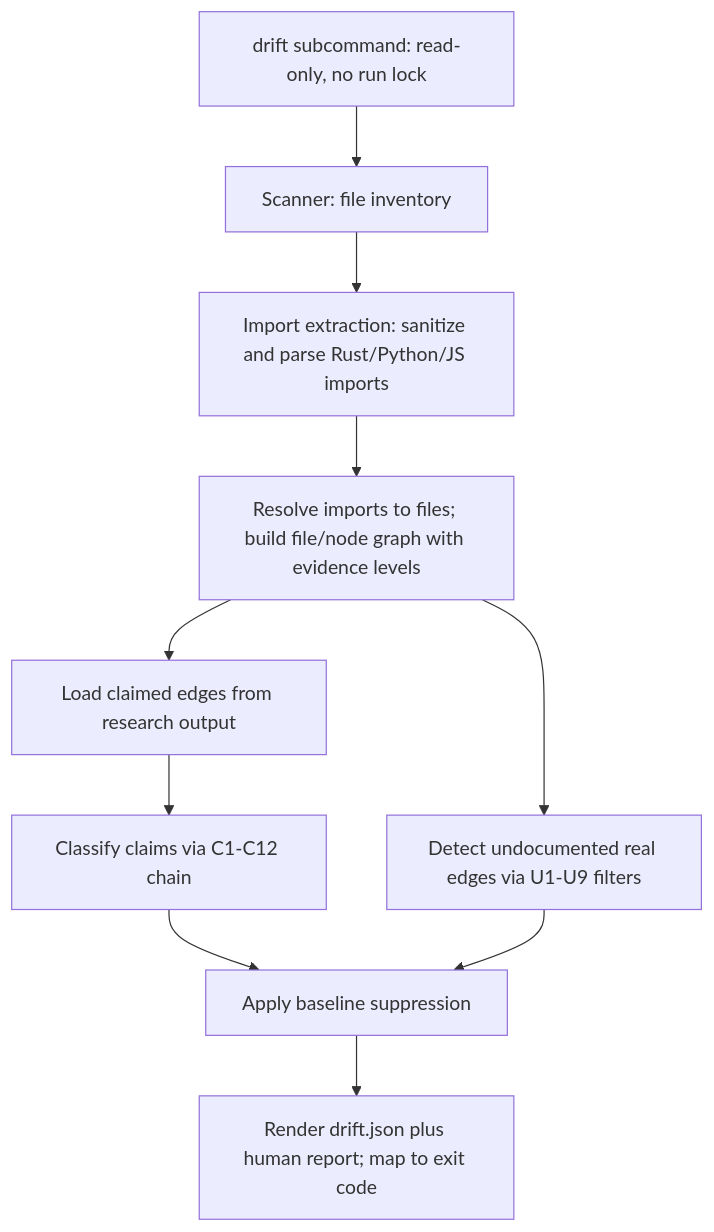
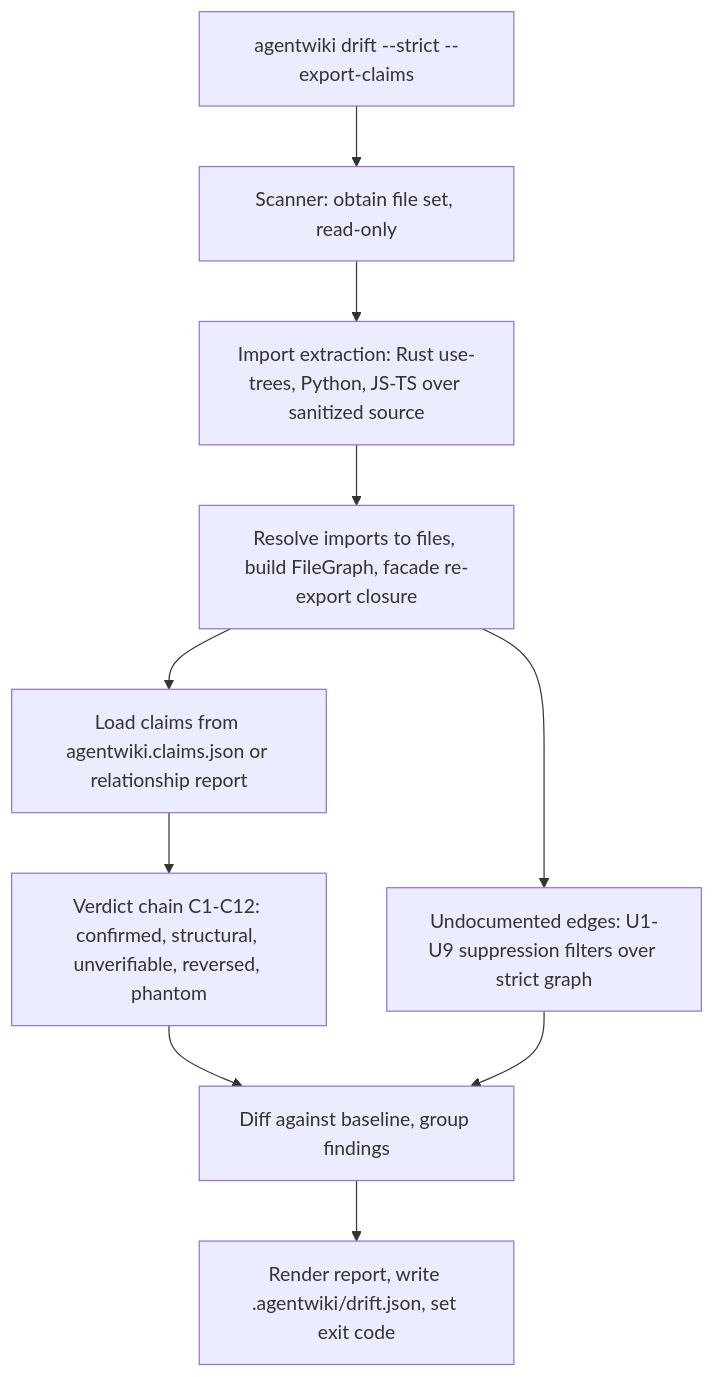
Before and after one commit to tidusvn05/agentwiki: the second of 4 diagrams in docs/vi/3.Workflow.md, drawn with Mermaid. The commit also changed other lines of this file and 41 other files, not shown here.

````diff
--- a/docs/vi/3.Workflow.md
+++ b/docs/vi/3.Workflow.md
@@ -77,12 +69,12 @@
 ```mermaid
 flowchart TD
-    A[drift subcommand: read-only, no run lock] --> B[Scanner: file inventory]
-    B --> C[Import extraction: sanitize and parse Rust/Python/JS imports]
-    C --> D[Resolve imports to files; build file/node graph with evidence levels]
-    D --> E[Load claimed edges from research output]
-    E --> F[Classify claims via C1-C12 chain]
-    D --> G[Detect undocumented real edges via U1-U9 filters]
-    F --> H[Apply baseline suppression]
+    A[agentwiki drift --strict --export-claims] --> B[Scanner: obtain file set, read-only]
+    B --> C[Import extraction: Rust use-trees, Python, JS-TS over sanitized source]
+    C --> D[Resolve imports to files, build FileGraph, facade re-export closure]
+    D --> E[Load claims from agentwiki.claims.json or relationship report]
+    E --> F[Verdict chain C1-C12: confirmed, structural, unverifiable, reversed, phantom]
+    D --> G[Undocumented edges: U1-U9 suppression filters over strict graph]
+    F --> H[Diff against baseline, group findings]
     G --> H
-    H --> I[Render drift.json plus human report; map to exit code]
+    H --> I[Render report, write .agentwiki/drift.json, set exit code]
 ```
````
